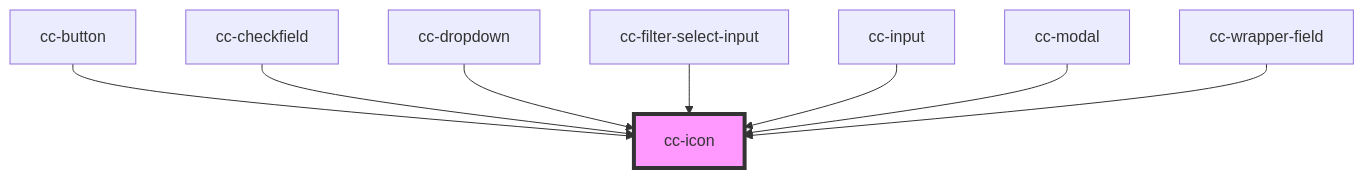
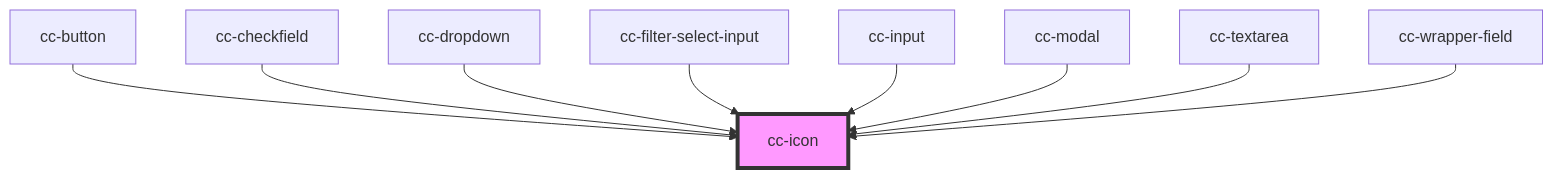
One commit to lacafetalab/cafeta-components changed the diagram in packages/core/src/components/cc-icon/readme.md. Above: the diagram before and after it, drawn with Mermaid. The commit also changed other lines of this file and 5 other files, not shown here.

Commit message:
feat(textarea): add iconName

````diff
--- a/packages/core/src/components/cc-icon/readme.md
+++ b/packages/core/src/components/cc-icon/readme.md
@@ -29,11 +30,12 @@
 ```mermaid
 graph TD;
   cc-button --> cc-icon
   cc-checkfield --> cc-icon
   cc-dropdown --> cc-icon
   cc-filter-select-input --> cc-icon
   cc-input --> cc-icon
   cc-modal --> cc-icon
+  cc-textarea --> cc-icon
   cc-wrapper-field --> cc-icon
   style cc-icon fill:#f9f,stroke:#333,stroke-width:4px
 ```
````
